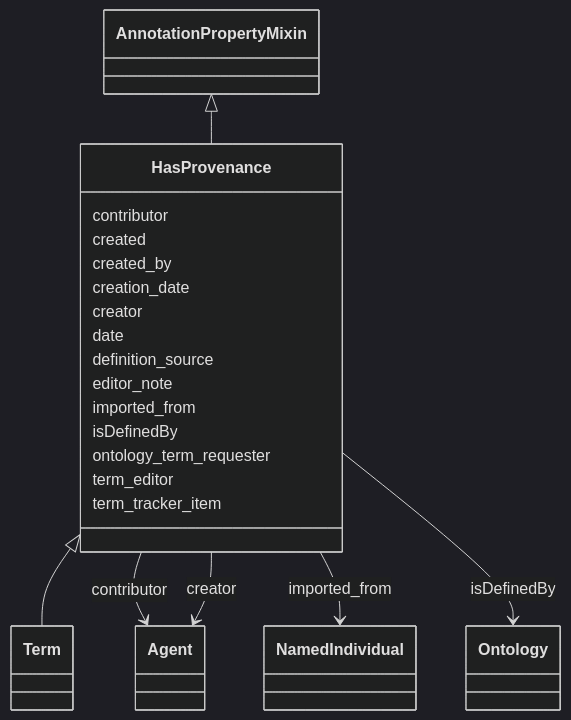
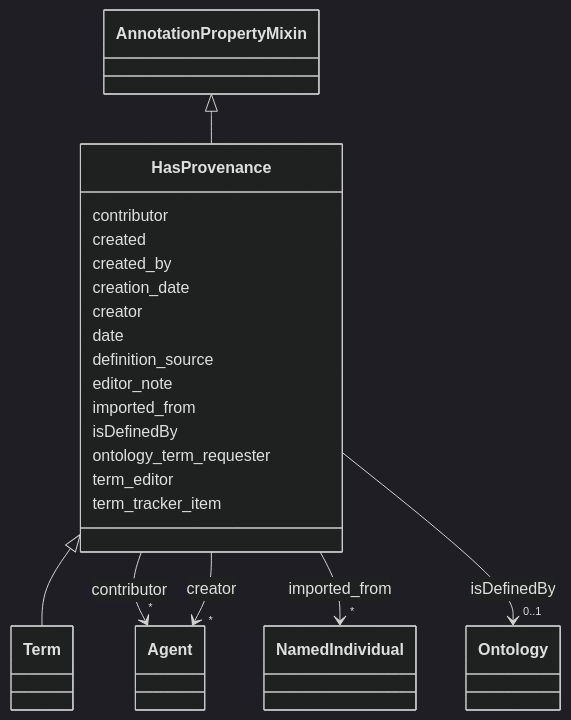
Before and after one commit to INCATools/ontology-access-kit: the diagram in ontology-metadata/HasProvenance.md, drawn with Mermaid (dark theme). The commit also changed other lines of this file and 3329 other files, not shown here.

````diff
--- a/ontology-metadata/HasProvenance.md
+++ b/ontology-metadata/HasProvenance.md
@@ -12,45 +14,68 @@
 ```{mermaid}
  classDiagram
     class HasProvenance
+    click HasProvenance href "../HasProvenance"
       AnnotationPropertyMixin <|-- HasProvenance
+        click AnnotationPropertyMixin href "../AnnotationPropertyMixin"
       
 
       HasProvenance <|-- Term
+        click Term href "../Term"
       
       
       HasProvenance : contributor
         
-          HasProvenance --> Agent : contributor
+          
+    
+    
+    HasProvenance --> "*" Agent : contributor
+    click Agent href "../Agent"
+
         
       HasProvenance : created
         
       HasProvenance : created_by
         
       HasProvenance : creation_date
         
       HasProvenance : creator
         
-          HasProvenance --> Agent : creator
+          
+    
+    
+    HasProvenance --> "*" Agent : creator
+    click Agent href "../Agent"
+
         
       HasProvenance : date
         
       HasProvenance : definition_source
         
       HasProvenance : editor_note
         
       HasProvenance : imported_from
         
-          HasProvenance --> NamedIndividual : imported_from
+          
+    
+    
+    HasProvenance --> "*" NamedIndividual : imported_from
+    click NamedIndividual href "../NamedIndividual"
+
         
       HasProvenance : isDefinedBy
         
-          HasProvenance --> Ontology : isDefinedBy
+          
+    
+    
+    HasProvenance --> "0..1" Ontology : isDefinedBy
+    click Ontology href "../Ontology"
+
         
       HasProvenance : ontology_term_requester
         
       HasProvenance : term_editor
         
       HasProvenance : term_tracker_item
         
       
 ```
````
